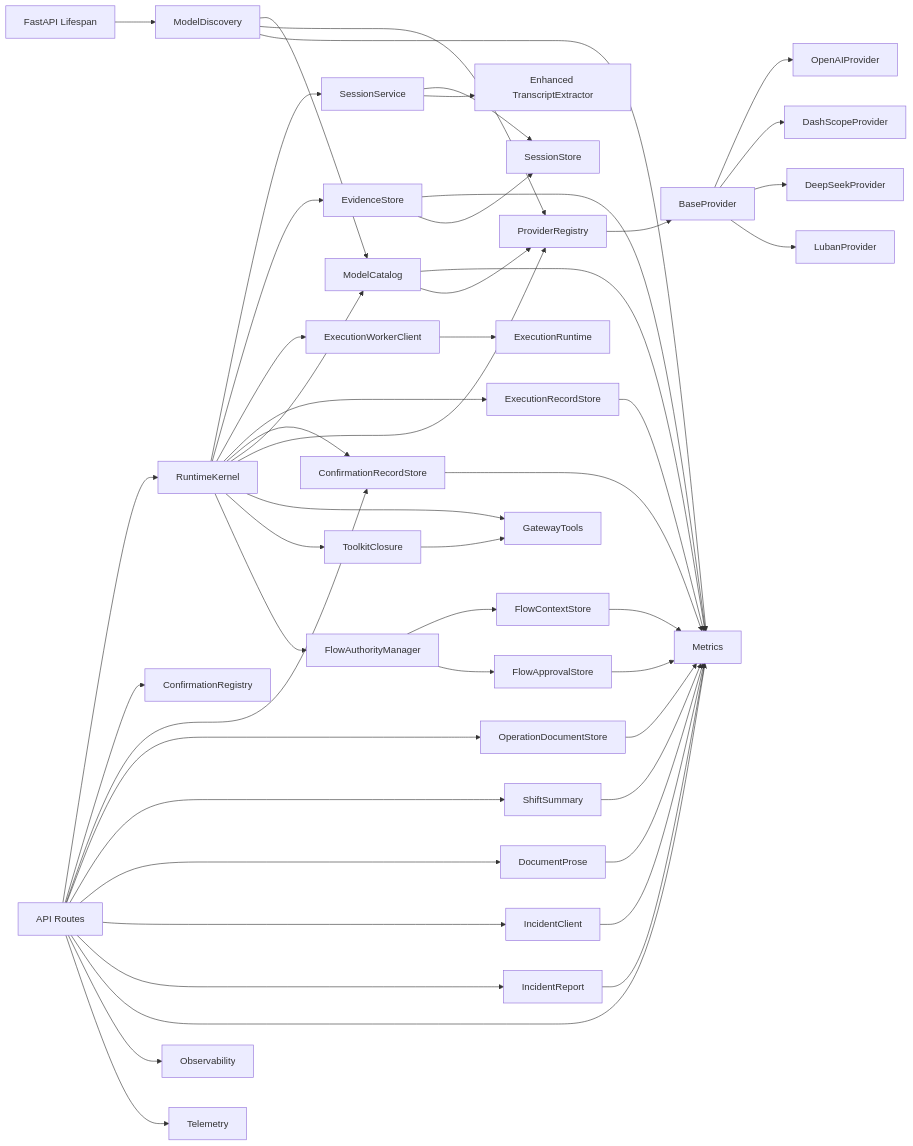
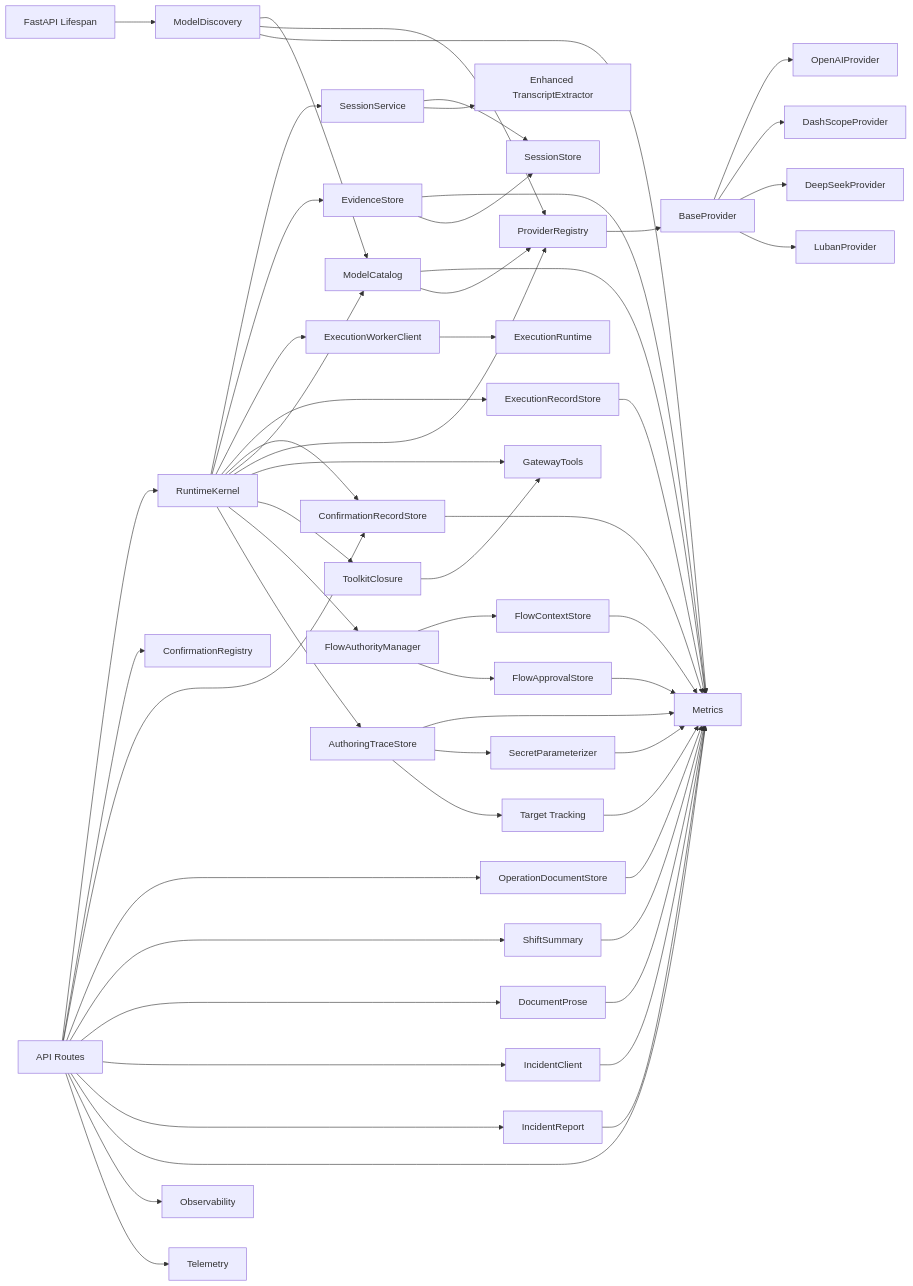
Before and after one commit to metasync/luban-aiops: diagram 41 of 41 in .qoder/repowiki/en/content/Agent Platform Service/Agent Platform Service.md, drawn with Mermaid. The commit also changed other lines of this file and 48 other files, not shown here.

````diff
--- a/.qoder/repowiki/en/content/Agent Platform Service/Agent Platform Service.md
+++ b/.qoder/repowiki/en/content/Agent Platform Service/Agent Platform Service.md
@@ -2899,52 +2595,58 @@
 ```mermaid
 graph LR
 API["API Routes"] --> Kernel["RuntimeKernel"]
 Kernel --> Session["SessionService"]
 Kernel --> Evidence["EvidenceStore"]
 Kernel --> ExecWorker["ExecutionWorkerClient"]
 Kernel --> ExecRecords["ExecutionRecordStore"]
 Kernel --> ConfirmStore["ConfirmationRecordStore"]
 Kernel --> ModelCat["ModelCatalog"]
 Kernel --> Registry["ProviderRegistry"]
 Kernel --> Tools["GatewayTools"]
 Kernel --> Closure["ToolkitClosure"]
 Kernel --> FlowAuth["FlowAuthorityManager"]
+Kernel --> AuthTrace["AuthoringTraceStore"]
 Registry --> Base["BaseProvider"]
 Base --> OpenAI["OpenAIProvider"]
 Base --> DashScope["DashScopeProvider"]
 Base --> DeepSeek["DeepSeekProvider"]
 Base --> Luban["LubanProvider"]
 Session --> Store["SessionStore"]
 Session --> Transcript["Enhanced TranscriptExtractor"]
 API --> HITL["ConfirmationRegistry"]
 API --> ConfirmStore
 API --> DocStore["OperationDocumentStore"]
 API --> ShiftSum["ShiftSummary"]
 API --> DocProse["DocumentProse"]
 API --> IncClient["IncidentClient"]
 API --> IncReport["IncidentReport"]
 API --> Metrics["Metrics"]
 API --> Obs["Observability"]
 API --> Tel["Telemetry"]
 Closure --> Tools
 Evidence --> Metrics
 Evidence --> Store
 ExecWorker --> ExecRuntime["ExecutionRuntime"]
 ExecRecords --> Metrics
 ConfirmStore --> Metrics
 ModelCat --> Metrics
 ModelCat --> Registry
 ModelDisc["ModelDiscovery"] --> ModelCat
 ModelDisc --> Registry
 ModelDisc --> Metrics
 Lifespan["FastAPI Lifespan"] --> ModelDisc
 DocStore --> Metrics
 ShiftSum --> Metrics
 DocProse --> Metrics
 IncClient --> Metrics
 IncReport --> Metrics
 FlowAuth --> FlowContexts["FlowContextStore"]
 FlowAuth --> FlowApprovals["FlowApprovalStore"]
 FlowContexts --> Metrics
 FlowApprovals --> Metrics
+AuthTrace --> Metrics
+AuthTrace --> SecretParams["SecretParameterizer"]
+AuthTrace --> TargetTracking["Target Tracking"]
+SecretParams --> Metrics
+TargetTracking --> Metrics
 ```
````
